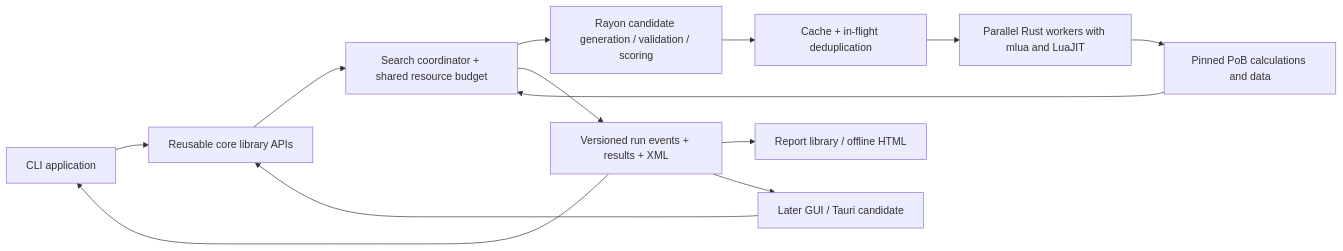
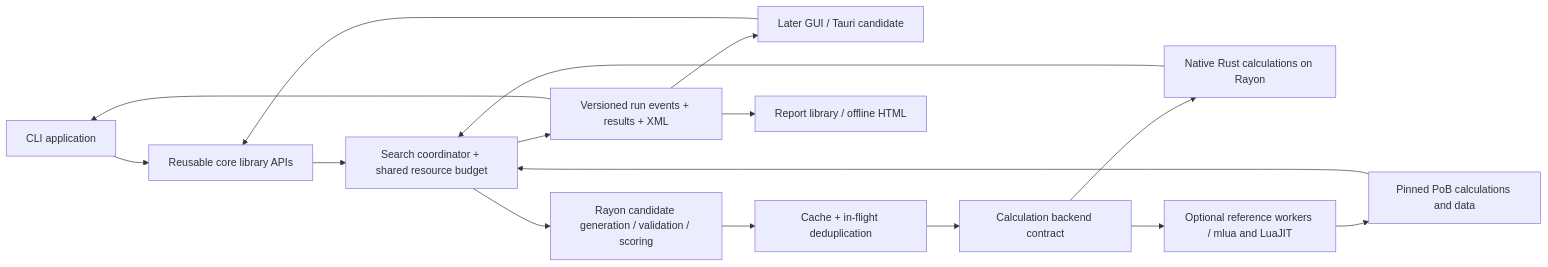
The diagram in docs/design.md (Azaril/poe-optimizer), drawn with Mermaid before and after one commit. The commit also changed other lines of this file and 64 other files, not shown here.

Commit message:
Add native Spark and Mace evaluators with Rayon search and optional PoB parity

````diff
--- a/docs/design.md
+++ b/docs/design.md
@@ -134,15 +140,18 @@
 ```mermaid
 flowchart LR
     CLI[CLI application] --> Core[Reusable core library APIs]
     GUI[Later GUI / Tauri candidate] --> Core
     Core --> Search[Search coordinator + shared resource budget]
     Search --> Rayon[Rayon candidate generation / validation / scoring]
     Rayon --> Cache[Cache + in-flight deduplication]
-    Cache --> Pool[Parallel Rust workers with mlua and LuaJIT]
+    Cache --> Backend[Calculation backend contract]
+    Backend --> Native[Native Rust calculations on Rayon]
+    Backend --> Pool[Optional reference workers / mlua and LuaJIT]
     Pool --> PoB[Pinned PoB calculations and data]
+    Native --> Search
     PoB --> Search
     Search --> Results[Versioned run events + results + XML]
     Results --> Reports[Report library / offline HTML]
     Results --> CLI
     Results --> GUI
 ```
````
